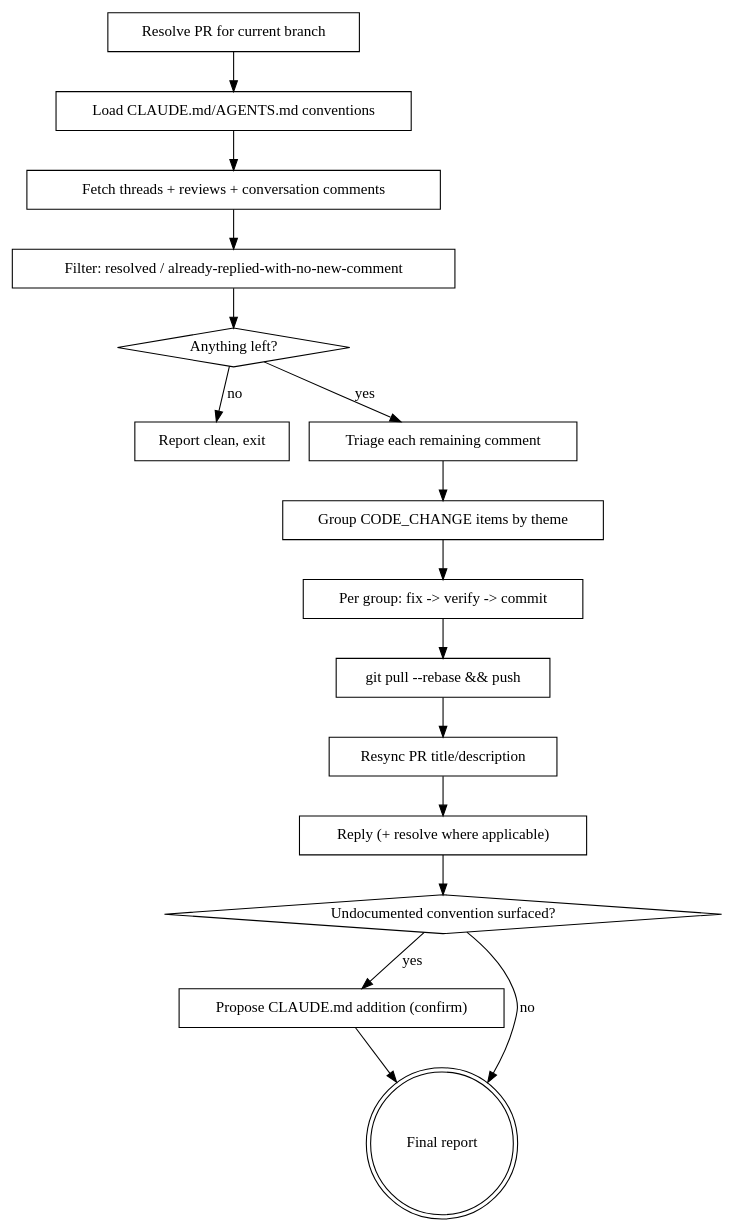
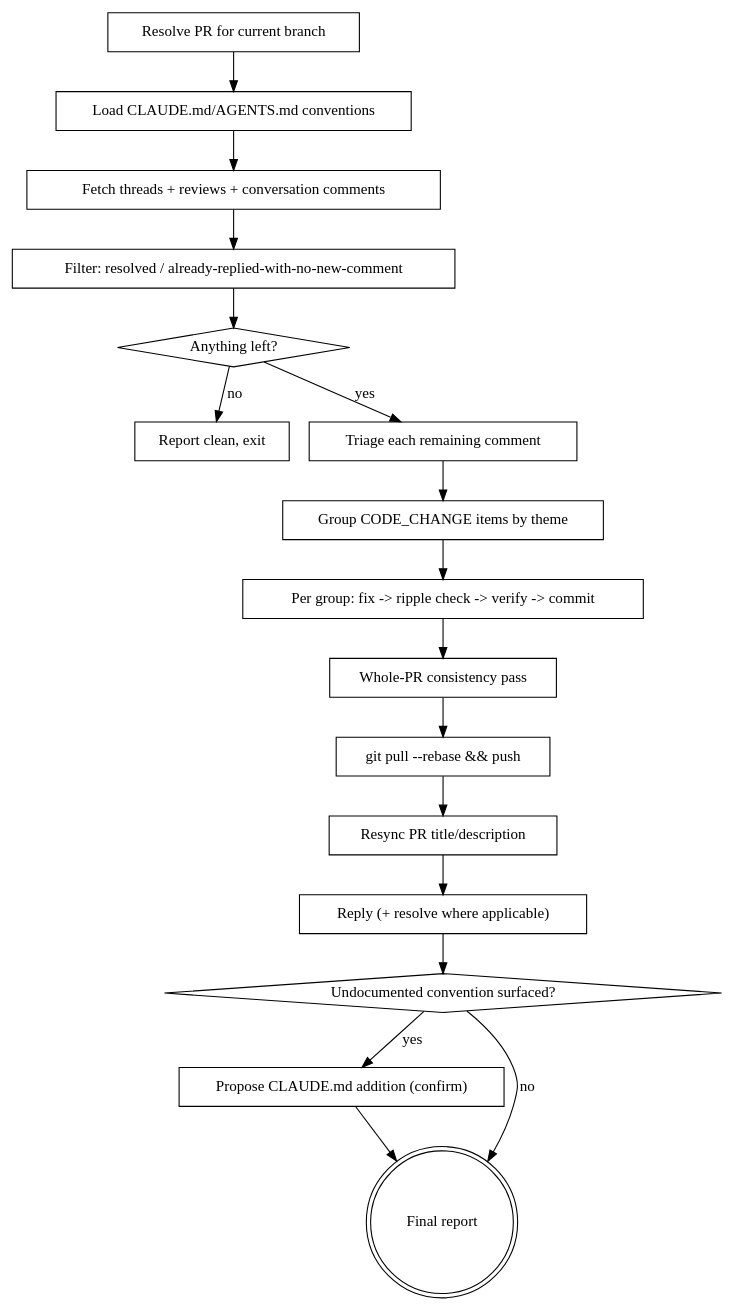
Before and after one commit to dlstadther/agentsmith: the diagram in plugins/pr-comments/skills/address-pr-comments/SKILL.md, drawn with Graphviz. The commit also changed other lines of this file, not shown here.

First line of the commit message:
feat(pr-comments): check ripple effects of each fix across the PR (#7)

````diff
--- a/plugins/pr-comments/skills/address-pr-comments/SKILL.md
+++ b/plugins/pr-comments/skills/address-pr-comments/SKILL.md
@@ -56,35 +56,37 @@
 ```dot
 digraph address_pr_comments {
     "Resolve PR for current branch" [shape=box];
     "Load CLAUDE.md/AGENTS.md conventions" [shape=box];
     "Fetch threads + reviews + conversation comments" [shape=box];
     "Filter: resolved / already-replied-with-no-new-comment" [shape=box];
     "Anything left?" [shape=diamond];
     "Report clean, exit" [shape=box];
     "Triage each remaining comment" [shape=box];
     "Group CODE_CHANGE items by theme" [shape=box];
-    "Per group: fix -> verify -> commit" [shape=box];
+    "Per group: fix -> ripple check -> verify -> commit" [shape=box];
+    "Whole-PR consistency pass" [shape=box];
     "git pull --rebase && push" [shape=box];
     "Resync PR title/description" [shape=box];
     "Reply (+ resolve where applicable)" [shape=box];
     "Undocumented convention surfaced?" [shape=diamond];
     "Propose CLAUDE.md addition (confirm)" [shape=box];
     "Final report" [shape=doublecircle];
 
     "Resolve PR for current branch" -> "Load CLAUDE.md/AGENTS.md conventions";
     "Load CLAUDE.md/AGENTS.md conventions" -> "Fetch threads + reviews + conversation comments";
     "Fetch threads + reviews + conversation comments" -> "Filter: resolved / already-replied-with-no-new-comment";
     "Filter: resolved / already-replied-with-no-new-comment" -> "Anything left?";
     "Anything left?" -> "Report clean, exit" [label="no"];
     "Anything left?" -> "Triage each remaining comment" [label="yes"];
     "Triage each remaining comment" -> "Group CODE_CHANGE items by theme";
-    "Group CODE_CHANGE items by theme" -> "Per group: fix -> verify -> commit";
-    "Per group: fix -> verify -> commit" -> "git pull --rebase && push";
+    "Group CODE_CHANGE items by theme" -> "Per group: fix -> ripple check -> verify -> commit";
+    "Per group: fix -> ripple check -> verify -> commit" -> "Whole-PR consistency pass";
+    "Whole-PR consistency pass" -> "git pull --rebase && push";
     "git pull --rebase && push" -> "Resync PR title/description";
     "Resync PR title/description" -> "Reply (+ resolve where applicable)";
     "Reply (+ resolve where applicable)" -> "Undocumented convention surfaced?";
     "Undocumented convention surfaced?" -> "Propose CLAUDE.md addition (confirm)" [label="yes"];
     "Undocumented convention surfaced?" -> "Final report" [label="no"];
     "Propose CLAUDE.md addition (confirm)" -> "Final report";
 }
 ```
````
